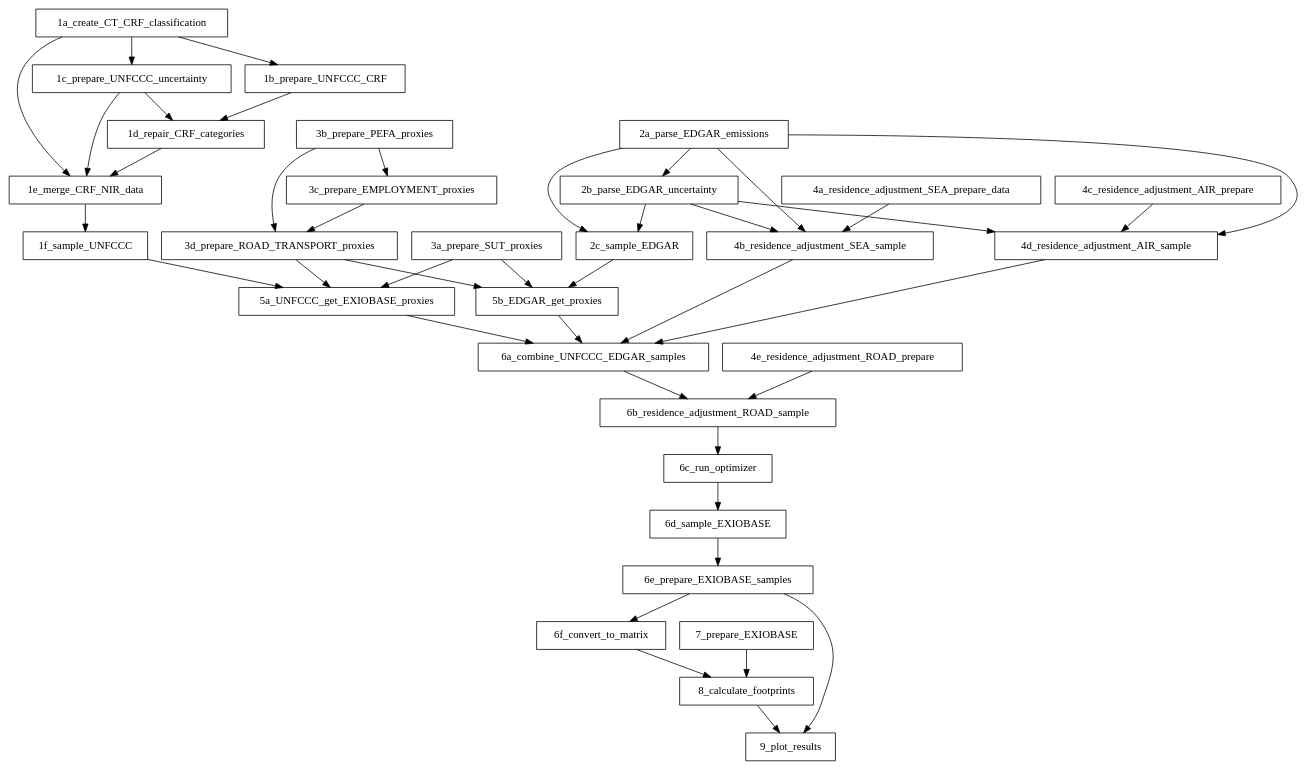
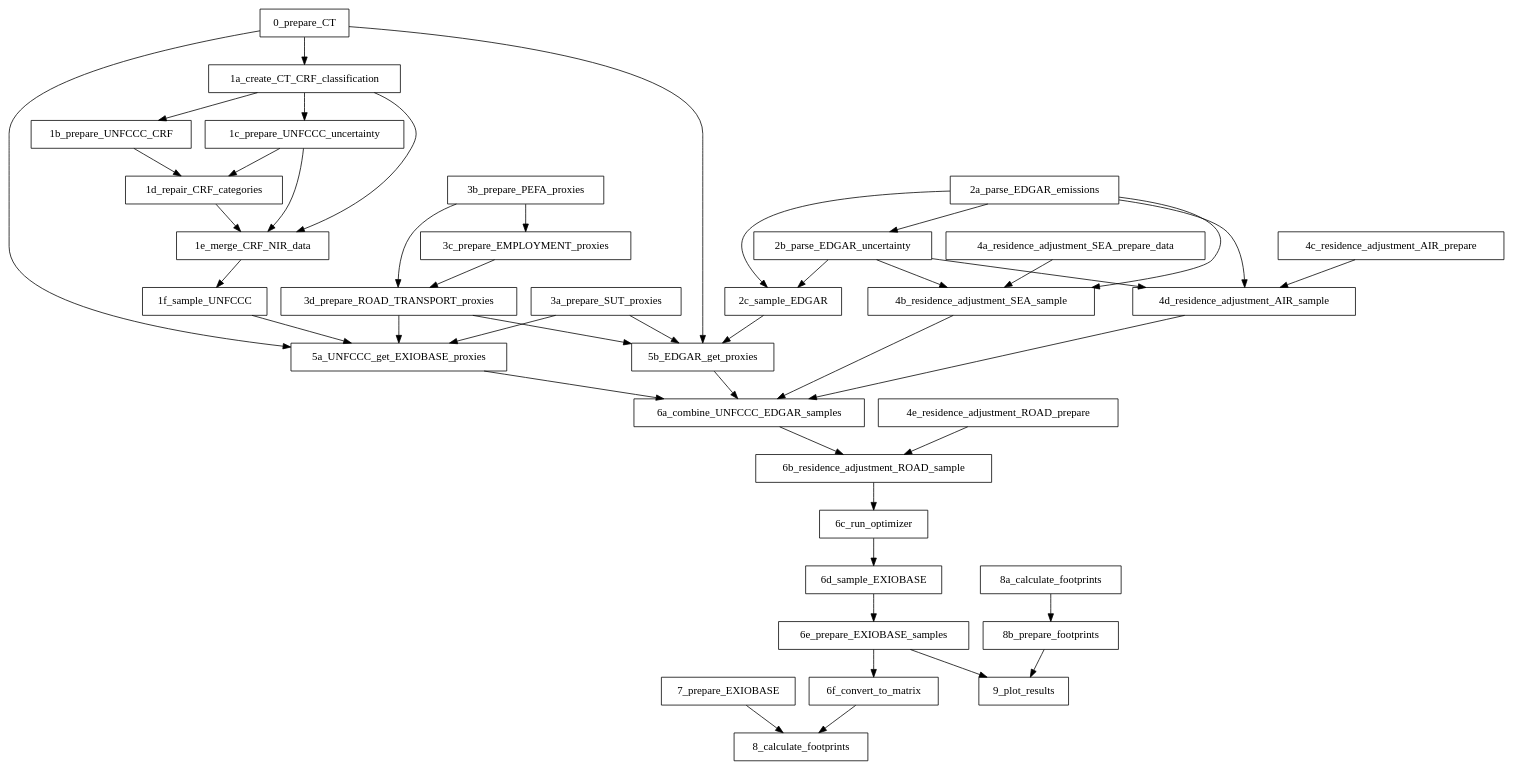
Before and after one commit to simschul/uncertainty_GHG_accounts: the diagram in README.Rmd, drawn with Graphviz. The commit also changed other lines of this file and 48 other files, not shown here.

````diff
--- a/README.Rmd
+++ b/README.Rmd
@@ -77,57 +76,61 @@
 ```{dot echo=FALSE}
 digraph G {
   graph[rankdir = TD]
   node[shape=box]
   edge[]
+  "0_prepare_CT" -> "1a_create_CT_CRF_classification"
   
   "1a_create_CT_CRF_classification" -> "1b_prepare_UNFCCC_CRF"
   "1a_create_CT_CRF_classification" -> "1c_prepare_UNFCCC_uncertainty"
   "1b_prepare_UNFCCC_CRF" -> "1d_repair_CRF_categories"
   "1c_prepare_UNFCCC_uncertainty" -> "1d_repair_CRF_categories"
   "1d_repair_CRF_categories" -> "1e_merge_CRF_NIR_data"
   "1c_prepare_UNFCCC_uncertainty" -> "1e_merge_CRF_NIR_data"
   "1a_create_CT_CRF_classification" -> "1e_merge_CRF_NIR_data"
   "1e_merge_CRF_NIR_data" -> "1f_sample_UNFCCC"
   "2a_parse_EDGAR_emissions" -> "2b_parse_EDGAR_uncertainty"
   "2a_parse_EDGAR_emissions" -> "2c_sample_EDGAR"
   "2b_parse_EDGAR_uncertainty" -> "2c_sample_EDGAR"
   "3b_prepare_PEFA_proxies" -> "3c_prepare_EMPLOYMENT_proxies"
   "3c_prepare_EMPLOYMENT_proxies" -> "3d_prepare_ROAD_TRANSPORT_proxies"
   "3b_prepare_PEFA_proxies" -> "3d_prepare_ROAD_TRANSPORT_proxies"
   
   
   "3a_prepare_SUT_proxies" -> "5a_UNFCCC_get_EXIOBASE_proxies" 
+  "0_prepare_CT" -> "5a_UNFCCC_get_EXIOBASE_proxies"
   "3d_prepare_ROAD_TRANSPORT_proxies" -> "5a_UNFCCC_get_EXIOBASE_proxies" 
   "1f_sample_UNFCCC" -> "5a_UNFCCC_get_EXIOBASE_proxies"
   "2c_sample_EDGAR" -> "5b_EDGAR_get_proxies"
+  "0_prepare_CT" -> "5b_EDGAR_get_proxies"
   "3a_prepare_SUT_proxies" -> "5b_EDGAR_get_proxies"
   "3d_prepare_ROAD_TRANSPORT_proxies" -> "5b_EDGAR_get_proxies"
   "5b_EDGAR_get_proxies" -> "6a_combine_UNFCCC_EDGAR_samples"
   "5a_UNFCCC_get_EXIOBASE_proxies" -> "6a_combine_UNFCCC_EDGAR_samples"
   
   
   "4a_residence_adjustment_SEA_prepare_data" -> "4b_residence_adjustment_SEA_sample"
   "2a_parse_EDGAR_emissions" -> "4b_residence_adjustment_SEA_sample"
   "2b_parse_EDGAR_uncertainty" -> "4b_residence_adjustment_SEA_sample"
   "4b_residence_adjustment_SEA_sample" -> "6a_combine_UNFCCC_EDGAR_samples"
   
   "4c_residence_adjustment_AIR_prepare" -> "4d_residence_adjustment_AIR_sample"
   "2a_parse_EDGAR_emissions" -> "4d_residence_adjustment_AIR_sample"
   "2b_parse_EDGAR_uncertainty" -> "4d_residence_adjustment_AIR_sample"
   "4d_residence_adjustment_AIR_sample" -> "6a_combine_UNFCCC_EDGAR_samples"
   
   "4e_residence_adjustment_ROAD_prepare" -> "6b_residence_adjustment_ROAD_sample"
   "6a_combine_UNFCCC_EDGAR_samples" -> "6b_residence_adjustment_ROAD_sample"
   
   "6b_residence_adjustment_ROAD_sample" -> "6c_run_optimizer"
   "6c_run_optimizer" -> "6d_sample_EXIOBASE"
   "6d_sample_EXIOBASE" -> "6e_prepare_EXIOBASE_samples"
   "6e_prepare_EXIOBASE_samples" -> "6f_convert_to_matrix"
   "7_prepare_EXIOBASE" -> "8_calculate_footprints"
   
   "6f_convert_to_matrix" -> "8_calculate_footprints"
   "6e_prepare_EXIOBASE_samples" -> "9_plot_results"
-  "8_calculate_footprints" -> "9_plot_results"
+  "8a_calculate_footprints" -> "8b_prepare_footprints"
+  "8b_prepare_footprints" -> "9_plot_results"
   
 } 
 ```
````
